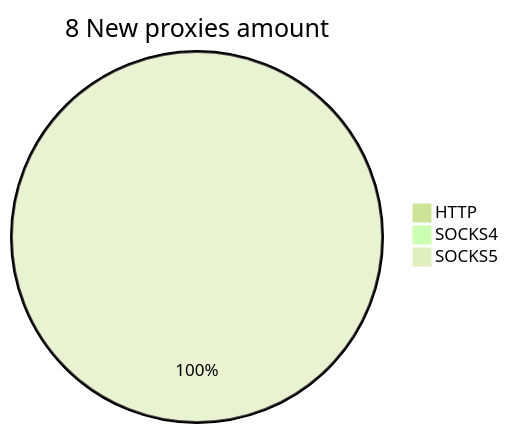
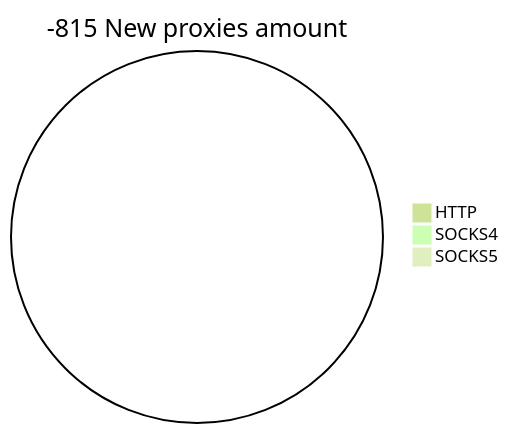
The second of 2 diagrams in README.md (cutipu/proxylist), drawn with Mermaid (forest theme) before and after one commit. The commit also changed other lines of this file, not shown here.

````diff
--- a/README.md
+++ b/README.md
@@ -10,6 +10,6 @@
 ```mermaid
-pie title 8 New proxies amount
+pie title -815 New proxies amount
     "HTTP" : 0
     "SOCKS4" : 0
-    "SOCKS5" : 10
+    "SOCKS5" : 0
 ```
````
